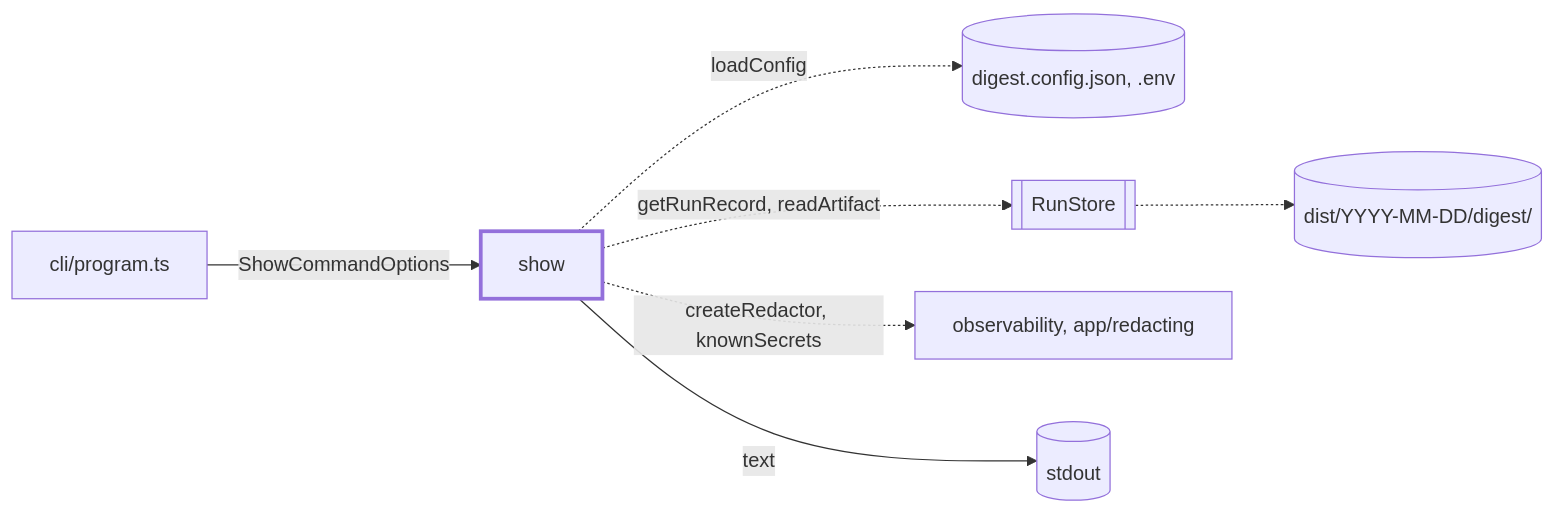
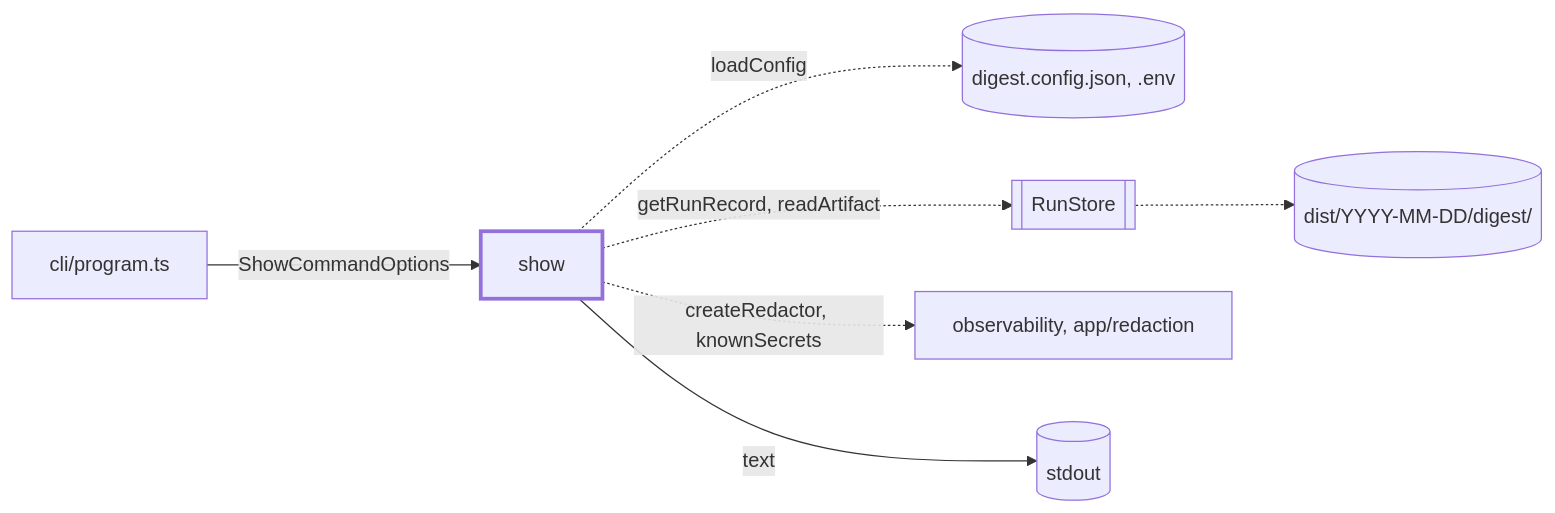
One commit to odere-pro/weekly-engineering-digest-agent changed the first of 2 diagrams in src/cli/show/CLAUDE.md. Above: the diagram before and after it, drawn with Mermaid. The commit also changed other lines of this file and 119 other files, not shown here.

````diff
--- a/src/cli/show/CLAUDE.md
+++ b/src/cli/show/CLAUDE.md
@@ -9,10 +9,10 @@
 ```mermaid
 flowchart LR
   program["cli/program.ts"] -->|"ShowCommandOptions"| show:::focus
   show -.->|"loadConfig"| cfg[("digest.config.json, .env")]
   show -.->|"getRunRecord, readArtifact"| store[[RunStore]]
   store -.-> disk[("dist/YYYY-MM-DD/digest/")]
-  show -.->|"createRedactor, knownSecrets"| obs["observability, app/redacting"]
+  show -.->|"createRedactor, knownSecrets"| obs["observability, app/redaction"]
   show -->|"text"| out[("stdout")]
   classDef focus stroke-width:3px
 ```
````
